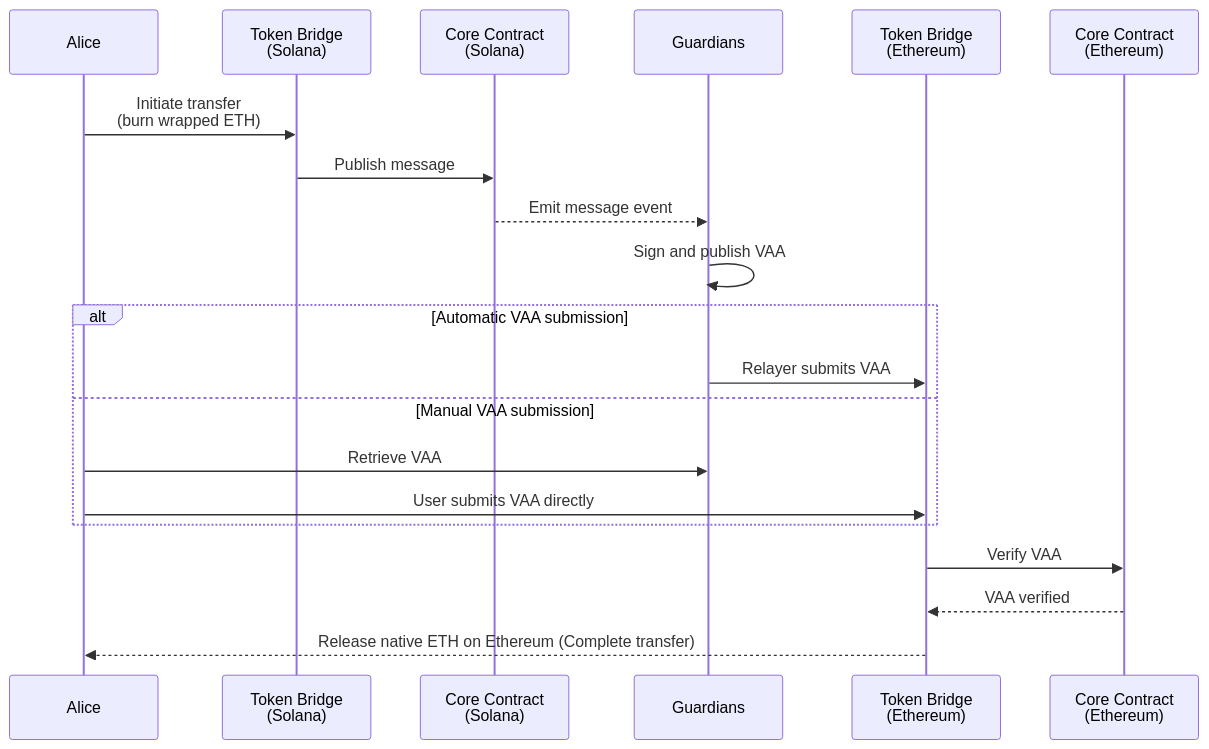
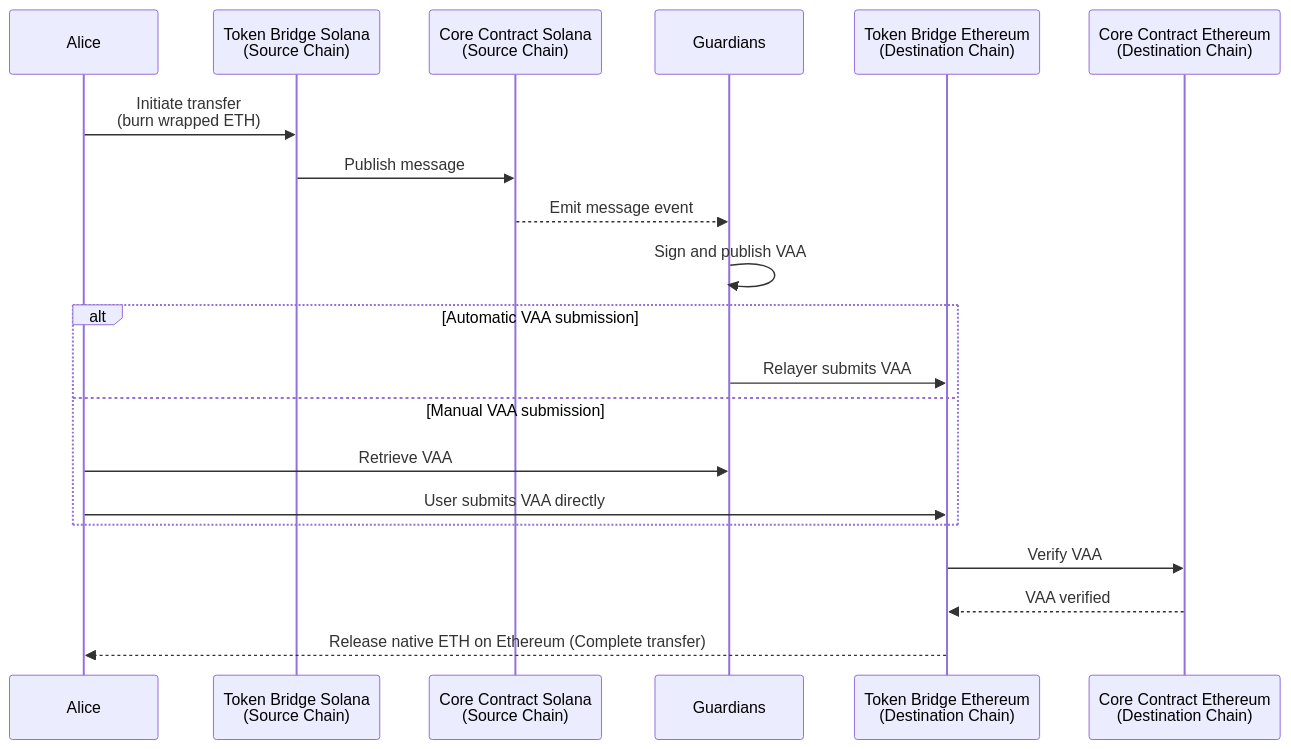
The second of 4 diagrams in products/token-bridge/concepts/transfer-flow.md (wormhole-foundation/wormhole-docs), drawn with Mermaid before and after one commit. The commit also changed other lines of this file, not shown here.

Commit message:
clean up diagrams

````diff
--- a/products/token-bridge/concepts/transfer-flow.md
+++ b/products/token-bridge/concepts/transfer-flow.md
@@ -75,25 +75,25 @@
 ```mermaid
 sequenceDiagram
     participant User as Alice
-    participant TokenBridgeSrc as Token Bridge <br> (Solana)
-    participant CoreSrc as Core Contract <br> (Solana)
+    participant TokenBridgeSrc as Token Bridge Solana<br>(Source Chain)
+    participant CoreSrc as Core Contract Solana<br>(Source Chain)
     participant Guardians
-    participant TokenBridgeDst as Token Bridge <br> (Ethereum)
-    participant CoreDst as Core Contract <br> (Ethereum)
+    participant TokenBridgeDst as Token Bridge Ethereum<br>(Destination Chain)
+    participant CoreDst as Core Contract Ethereum<br>(Destination Chain)
 
     User->>TokenBridgeSrc: Initiate transfer <br> (burn wrapped ETH)
     TokenBridgeSrc->>CoreSrc: Publish message
     CoreSrc-->>Guardians: Emit message event
     Guardians->>Guardians: Sign and publish VAA
 
     alt Automatic VAA submission
         Guardians->>TokenBridgeDst: Relayer submits VAA
     else Manual VAA submission
         User->>Guardians: Retrieve VAA
         User->>TokenBridgeDst: User submits VAA directly
     end
 
     TokenBridgeDst->>CoreDst: Verify VAA
     CoreDst-->>TokenBridgeDst: VAA verified
     TokenBridgeDst-->>User: Release native ETH on Ethereum (Complete transfer)
 ```
````
